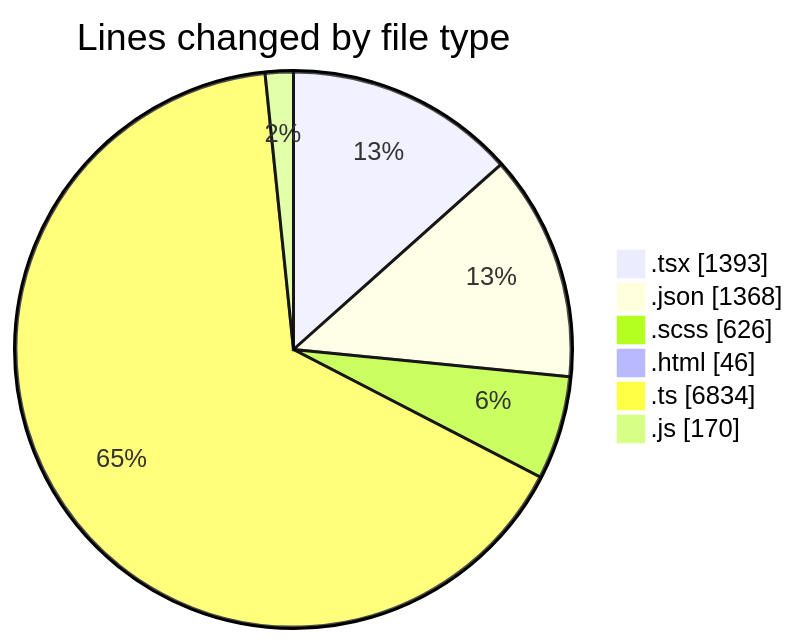
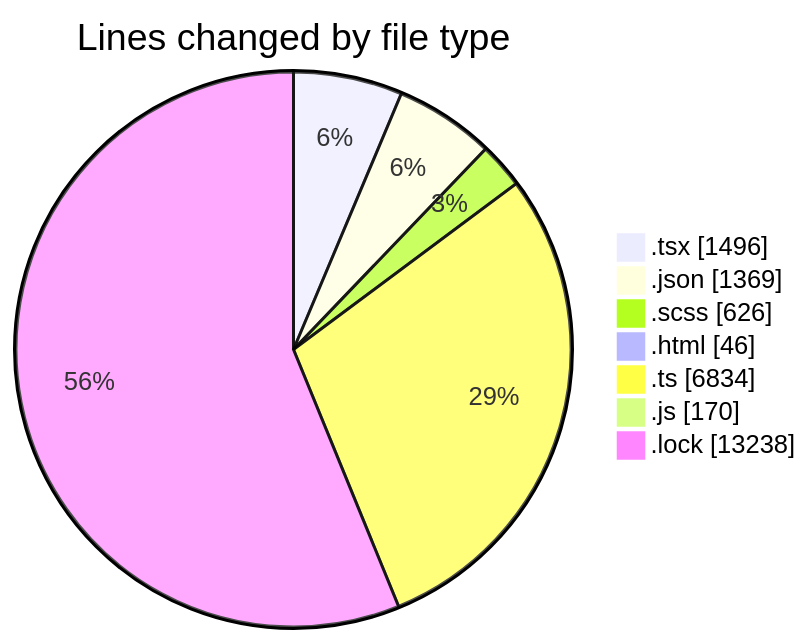
One commit to momahboobian/code-tracking changed the first of 2 diagrams in 2026-04-14/cda/README.md. Above: the diagram before and after it, drawn with Mermaid. The commit also changed other lines of this file and 1 other file, not shown here.

````diff
--- a/2026-04-14/cda/README.md
+++ b/2026-04-14/cda/README.md
@@ -48,10 +49,11 @@
 ```mermaid
 pie showData
 title Lines changed by file type
-".tsx" : 1393
-".json" : 1368
+".tsx" : 1496
+".json" : 1369
 ".scss" : 626
 ".html" : 46
 ".ts" : 6834
 ".js" : 170
+".lock" : 13238
 ```
````
